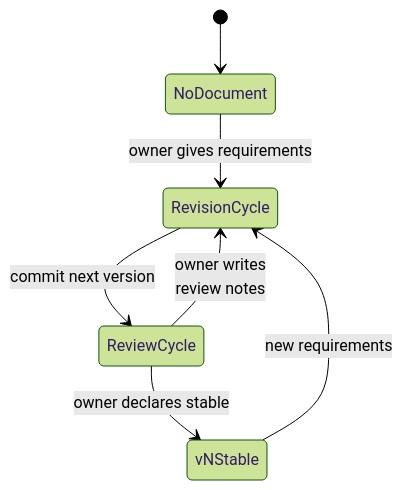
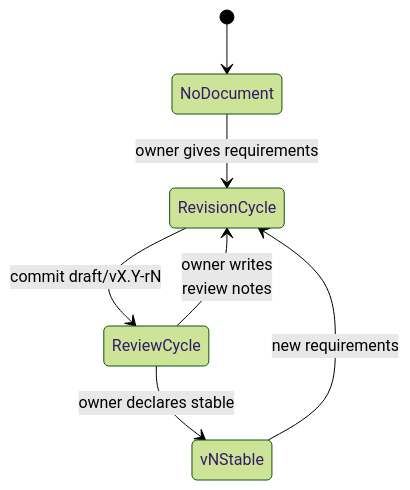
The first of 3 diagrams in docs/work-styles/03-design-workflow.md (powdream-org/it-shell3), drawn with Mermaid (forest theme) before and after one commit. The commit also changed other lines of this file and 18 other files, not shown here.

````diff
--- a/docs/work-styles/03-design-workflow.md
+++ b/docs/work-styles/03-design-workflow.md
@@ -20,9 +20,9 @@
 ```mermaid
 stateDiagram-v2
     [*] --> NoDocument
     NoDocument --> RevisionCycle : owner gives requirements
-    RevisionCycle --> ReviewCycle : commit next version
+    RevisionCycle --> ReviewCycle : commit draft/vX.Y-rN
     ReviewCycle --> RevisionCycle : owner writes<br/>review notes
     ReviewCycle --> vNStable : owner declares stable
     vNStable --> RevisionCycle : new requirements
 ```
````
